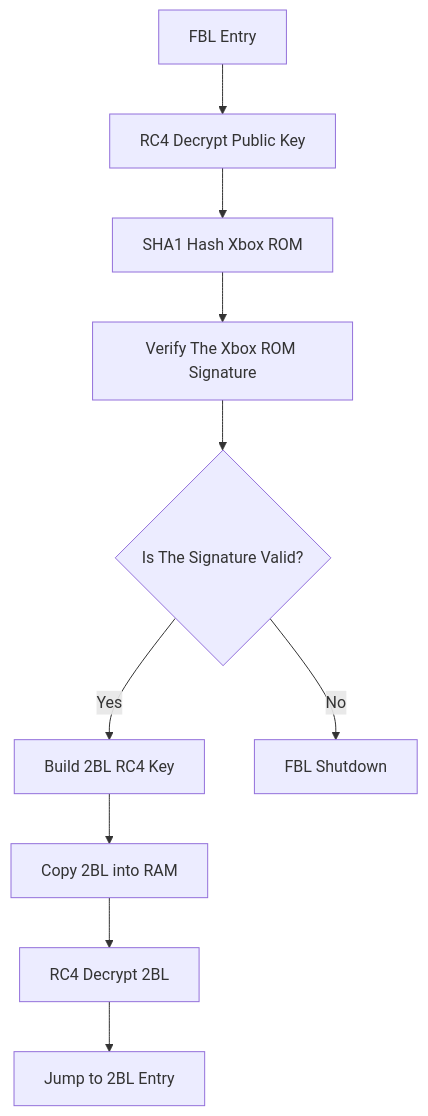
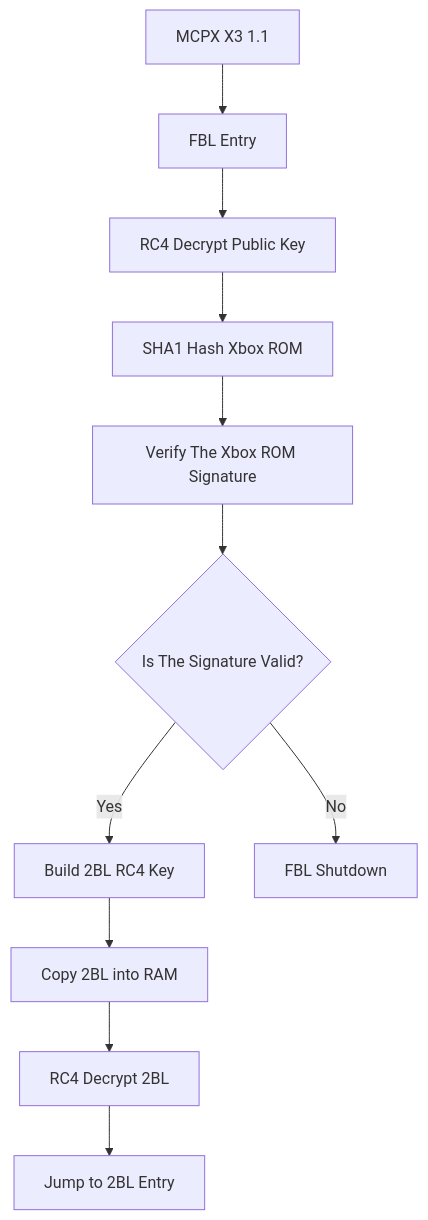
One commit to tommojphillips/XboxBiosTool changed the diagram in boot_state_diagram_fbl.md. Above: the diagram before and after it, drawn with Mermaid. The commit also changed other lines of this file, not shown here.

Commit message:
Update diagram

````diff
--- a/boot_state_diagram_fbl.md
+++ b/boot_state_diagram_fbl.md
@@ -1,21 +2,24 @@
 ```mermaid
 flowchart TB
+
+MCPX_REV1[MCPX X3 1.1]-->FBL_ENTRY
 
 FBL_ENTRY[FBL Entry]-->DECRYPT_PK
 DECRYPT_PK[RC4 Decrypt Public Key]-->HASH_XBOX_ROM
 HASH_XBOX_ROM[SHA1 Hash Xbox ROM]-->PK_SIGNATURE
 
 PK_SIGNATURE[Verify The Xbox ROM Signature]-->IS_SIGNATURE_VALID{Is The Signature Valid?}
 IS_SIGNATURE_VALID-->|Yes|BLD_2BL_KEY
 IS_SIGNATURE_VALID-->|No|SHUTDOWN
 
 BLD_2BL_KEY[Build 2BL RC4 Key]-->COPY_2BL
 COPY_2BL[Copy 2BL into RAM]-->DECRYPT_2BL
 DECRYPT_2BL[RC4 Decrypt 2BL]-->2BL_ENTRY
 
 SHUTDOWN[FBL Shutdown]
 2BL_ENTRY[Jump to 2BL Entry]
 
 click 2BL_ENTRY "https://github.com/tommojphillips/XboxBiosTool/blob/master/boot_state_diagram_2bl.md"
+click MCPX_REV1 "https://github.com/tommojphillips/XboxBiosTool/blob/master/boot_state_diagram_mcpx_rev1.md"
 
 ```
````
